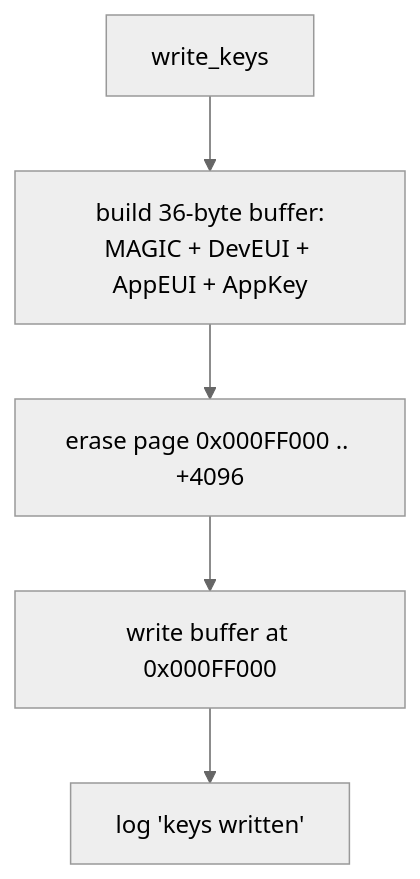
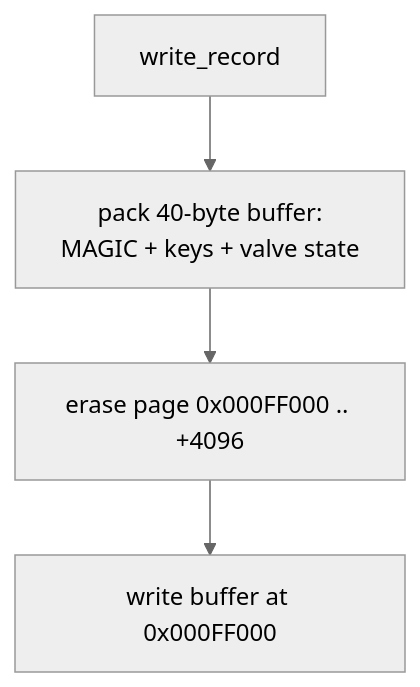
One commit to ponix-dev/flow_controller changed the second of 2 diagrams in docs/flash-storage.md. Above: the diagram before and after it, drawn with Mermaid (neutral theme). The commit also changed other lines of this file and 5 other files, not shown here.

````diff
--- a/docs/flash-storage.md
+++ b/docs/flash-storage.md
@@ -61,7 +79,6 @@
 ```mermaid
 flowchart TD
-    A[write_keys] --> B[build 36-byte buffer:<br/>MAGIC + DevEUI + AppEUI + AppKey]
+    A[write_record] --> B[pack 40-byte buffer:<br/>MAGIC + keys + valve state]
     B --> C[erase page 0x000FF000 .. +4096]
     C --> D[write buffer at 0x000FF000]
-    D --> E[log 'keys written']
 ```
````
